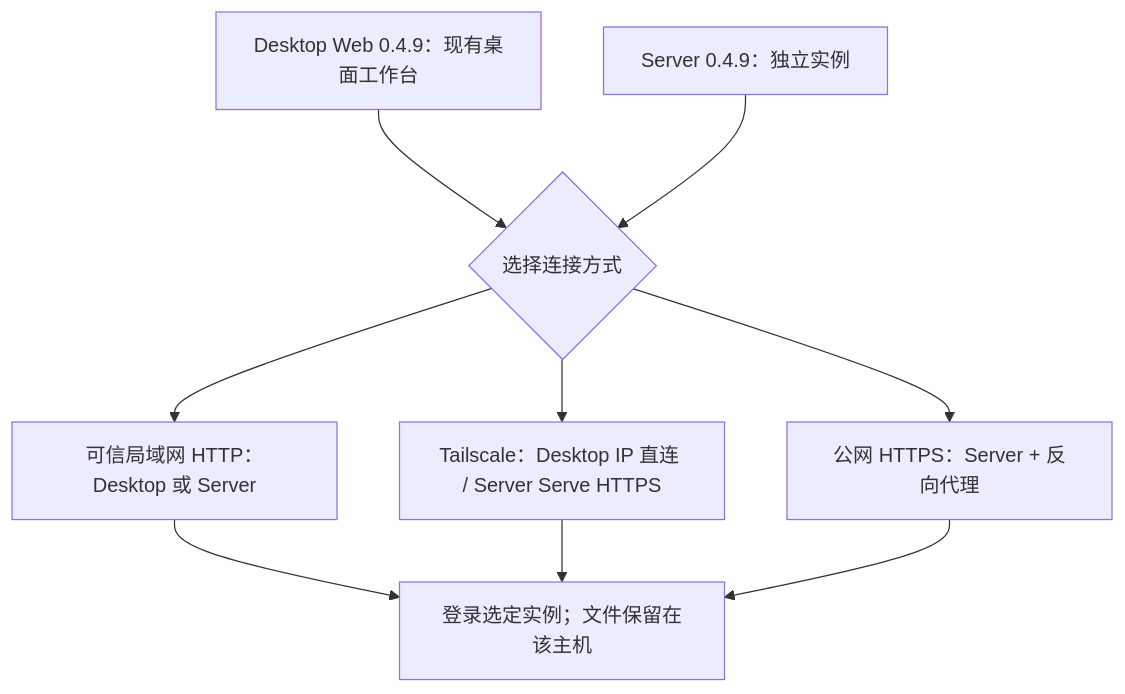
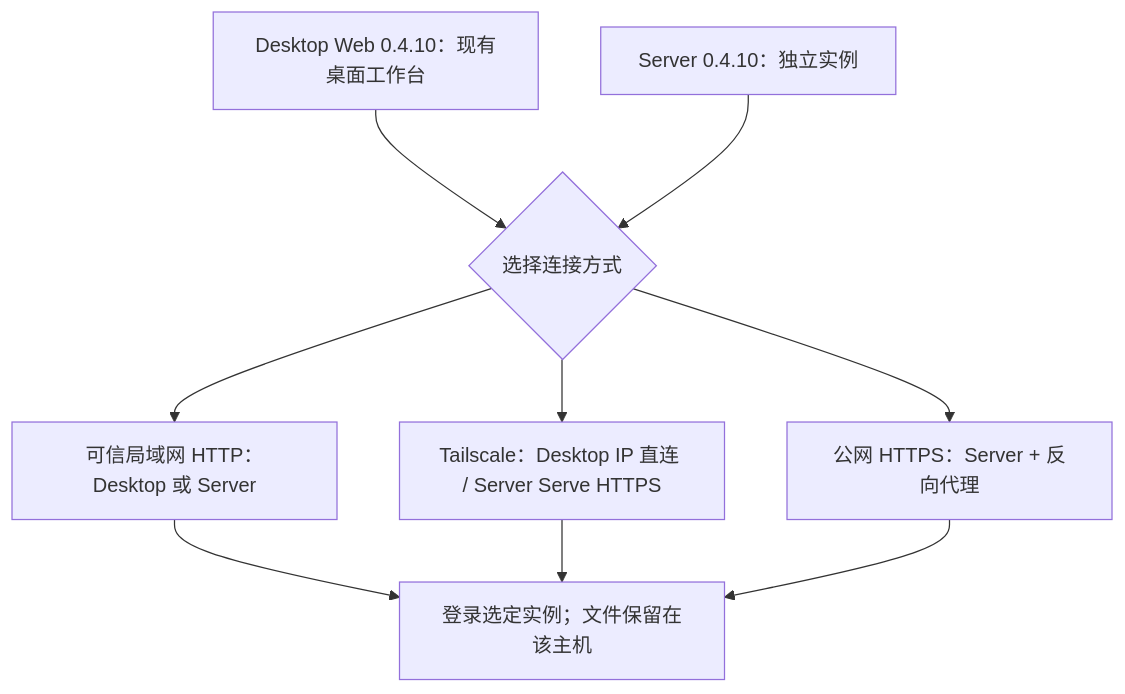
One commit to 123eyu/rovai-ai changed the diagram in website/site/public/assets/diagrams/deployment-choice-zh.mmd. Above: the diagram before and after it, drawn with Mermaid. The commit also changed 11 other files, not shown here.

Commit message:
docs(release): promote Desktop and Server v0.4.10

```diff
--- a/website/site/public/assets/diagrams/deployment-choice-zh.mmd
+++ b/website/site/public/assets/diagrams/deployment-choice-zh.mmd
@@ -1,12 +1,12 @@
 flowchart TB
-  desktop["Desktop Web 0.4.9：现有桌面工作台"]
-  server["Server 0.4.9：独立实例"]
+  desktop["Desktop Web 0.4.10：现有桌面工作台"]
+  server["Server 0.4.10：独立实例"]
   choice{"选择连接方式"}
   desktop --> choice
   server --> choice
   choice --> lan["可信局域网 HTTP：Desktop 或 Server"]
   choice --> ts["Tailscale：Desktop IP 直连 / Server Serve HTTPS"]
   choice --> public["公网 HTTPS：Server + 反向代理"]
   lan --> login["登录选定实例；文件保留在该主机"]
   ts --> login
   public --> login
```
